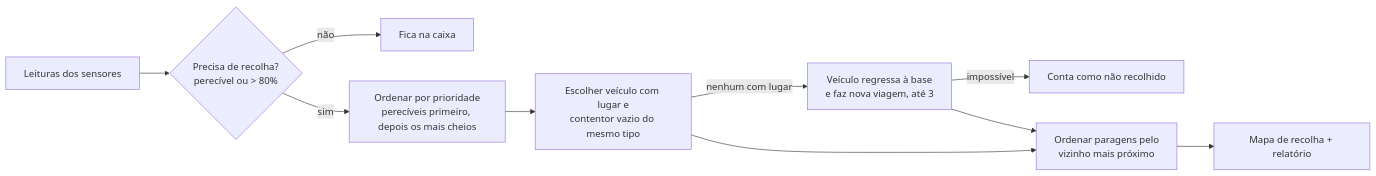
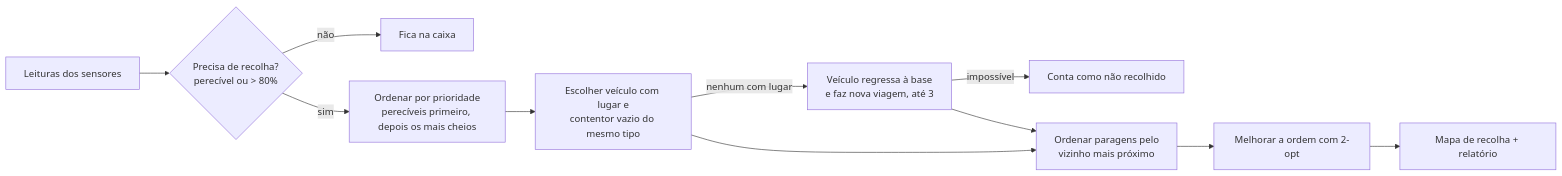
One commit to fmpoliveira05-jpg/recolha-bens-essenciais changed the diagram in README.md. Above: the diagram before and after it, drawn with Mermaid. The commit also changed other lines of this file and 2 other files, not shown here.

````diff
--- a/README.md
+++ b/README.md
@@ -31,12 +31,13 @@
 ```mermaid
 flowchart LR
     A[Leituras dos sensores] --> B{Precisa de recolha?<br/>perecível ou > 80%}
     B -- não --> X[Fica na caixa]
     B -- sim --> C[Ordenar por prioridade<br/>perecíveis primeiro, depois os mais cheios]
     C --> D[Escolher veículo com lugar e<br/>contentor vazio do mesmo tipo]
     D -- nenhum com lugar --> G[Veículo regressa à base<br/>e faz nova viagem, até 3]
     G -- impossível --> Y[Conta como não recolhido]
     G --> E
     D --> E[Ordenar paragens pelo<br/>vizinho mais próximo]
-    E --> F[Mapa de recolha + relatório]
+    E --> H[Melhorar a ordem com 2-opt]
+    H --> F[Mapa de recolha + relatório]
 ```
````
